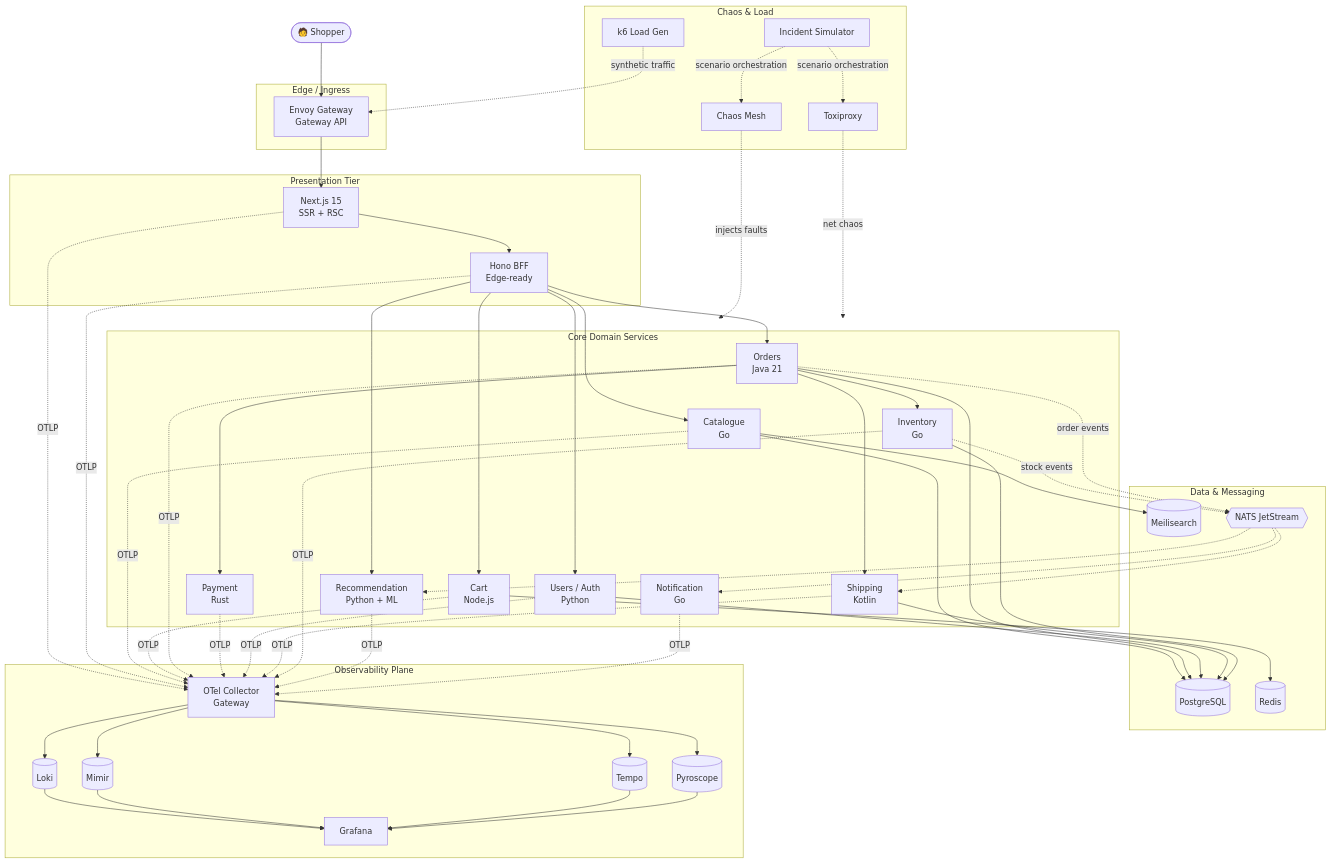
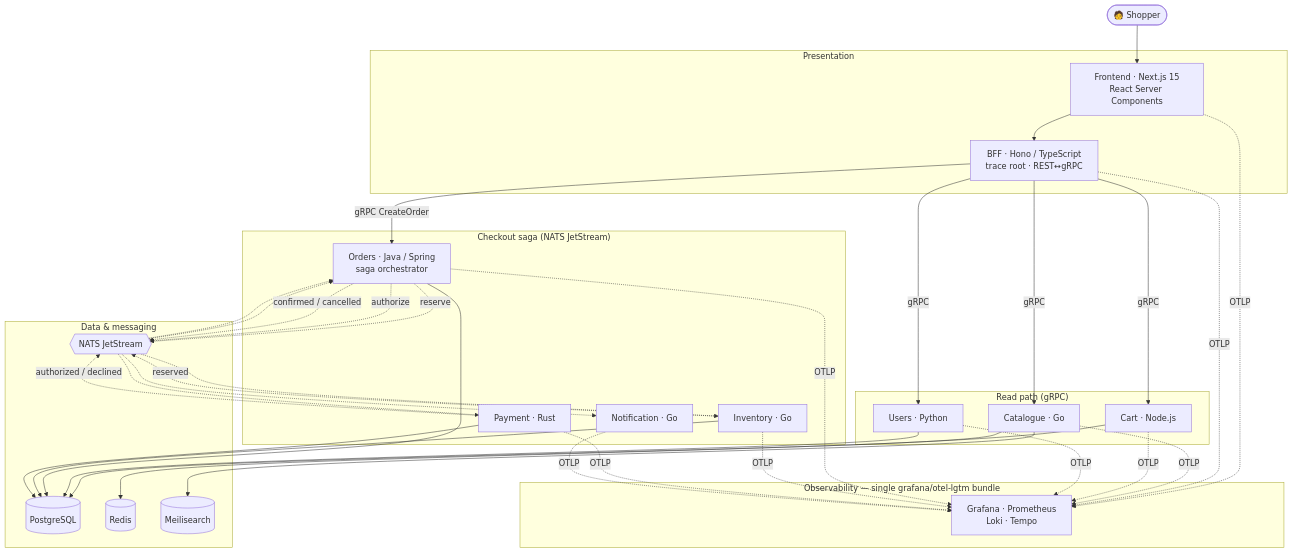
Before and after one commit to Shoe-Shop/Shoe-Shop: the second of 2 diagrams in README.md, drawn with Mermaid. The commit also changed other lines of this file, not shown here.

````diff
--- a/README.md
+++ b/README.md
@@ -69,67 +83,47 @@
 ```mermaid
 flowchart TB
     User([🧑 Shopper])
 
-    subgraph Edge["Edge / Ingress"]
-        GW[Envoy Gateway<br/>Gateway API]
+    subgraph FE["Presentation"]
+        Web["Frontend · Next.js 15<br/>React Server Components"]
+        BFF["BFF · Hono / TypeScript<br/>trace root · REST↔gRPC"]
     end
 
-    subgraph FE["Presentation Tier"]
-        Web[Next.js 15<br/>SSR + RSC]
-        BFF[Hono BFF<br/>Edge-ready]
+    subgraph Read["Read path (gRPC)"]
+        Cat["Catalogue · Go"]
+        Cart["Cart · Node.js"]
+        Usr["Users · Python"]
     end
 
-    subgraph Core["Core Domain Services"]
-        Cat[Catalogue<br/>Go]
-        Cart[Cart<br/>Node.js]
-        Order[Orders<br/>Java 21]
-        Pay[Payment<br/>Rust]
-        User2[Users / Auth<br/>Python]
-        Ship[Shipping<br/>Kotlin]
-        Inv[Inventory<br/>Go]
-        Rec[Recommendation<br/>Python + ML]
-        Notif[Notification<br/>Go]
+    subgraph Write["Checkout saga (NATS JetStream)"]
+        Ord["Orders · Java / Spring<br/>saga orchestrator"]
+        Inv["Inventory · Go"]
+        Pay["Payment · Rust"]
+        Ntf["Notification · Go"]
     end
 
-    subgraph Data["Data & Messaging"]
+    subgraph Data["Data & messaging"]
         PG[(PostgreSQL)]
         Redis[(Redis)]
-        Search[(Meilisearch)]
+        Meili[(Meilisearch)]
         NATS{{NATS JetStream}}
     end
 
-    subgraph Obs["Observability Plane"]
-        OTel[OTel Collector<br/>Gateway]
-        Loki[(Loki)]
-        Mimir[(Mimir)]
-        Tempo[(Tempo)]
-        Pyro[(Pyroscope)]
-        Graf[Grafana]
+    subgraph Obs["Observability — single grafana/otel-lgtm bundle"]
+        LGTM["Grafana · Prometheus<br/>Loki · Tempo"]
     end
 
-    subgraph Chaos["Chaos & Load"]
-        CM[Chaos Mesh]
-        Tox[Toxiproxy]
-        Inc[Incident Simulator]
-        K6[k6 Load Gen]
-    end
+    User --> Web --> BFF
+    BFF -->|gRPC| Cat & Cart & Usr
+    BFF -->|"gRPC CreateOrder"| Ord
+    Ord -. "reserve" .-> NATS -.-> Inv
+    Inv -. "reserved" .-> NATS -.-> Ord
+    Ord -. "authorize" .-> NATS -.-> Pay
+    Pay -. "authorized / declined" .-> NATS -.-> Ord
+    Ord -. "confirmed / cancelled" .-> NATS -.-> Ntf
+    Cat --> PG & Meili
+    Cart --> Redis
+    Usr & Ord & Inv & Pay --> PG
 
-    User --> GW --> Web --> BFF
-    BFF --> Cat & Cart & Order & User2 & Rec
-    Order --> Pay & Ship & Inv
-    Inv -.->|stock events| NATS
-    Order -.->|order events| NATS
-    NATS -.-> Notif & Ship & Rec
-    Cat --> PG & Search
-    Cart --> Redis
-    Order & User2 & Ship & Inv --> PG
-
-    Web & BFF & Cat & Cart & Order & Pay & User2 & Ship & Inv & Rec & Notif -.->|OTLP| OTel
-    OTel --> Loki & Mimir & Tempo & Pyro
-    Loki & Mimir & Tempo & Pyro --> Graf
-
-    CM -.->|injects faults| Core
-    Tox -.->|net chaos| Core
-    Inc -.->|scenario orchestration| CM & Tox
-    K6 -.->|synthetic traffic| GW
+    Web & BFF & Cat & Cart & Usr & Ord & Inv & Pay & Ntf -. "OTLP" .-> LGTM
 ```
````
